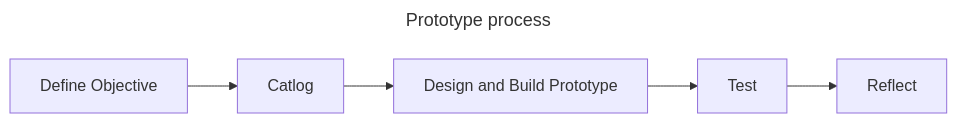
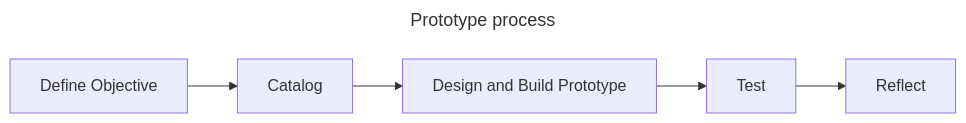
One commit to knatarasan/knatarasan.github.io changed the first of 3 diagrams in _posts/2025-07-03-this-is-prototype-book.md. Above: the diagram before and after it, drawn with Mermaid. The commit also changed other lines of this file, not shown here.

````diff
--- a/_posts/2025-07-03-this-is-prototype-book.md
+++ b/_posts/2025-07-03-this-is-prototype-book.md
@@ -53,10 +53,10 @@
 ```mermaid
 ---
 title: Prototype process
 ---
 flowchart LR
-DO[Define Objective] --> C[Catlog]
+DO[Define Objective] --> C[Catalog]
 C--> DE[Design and Build Prototype]
 DE --> TE[Test]
 TE --> RE[Reflect]
 ```
````
